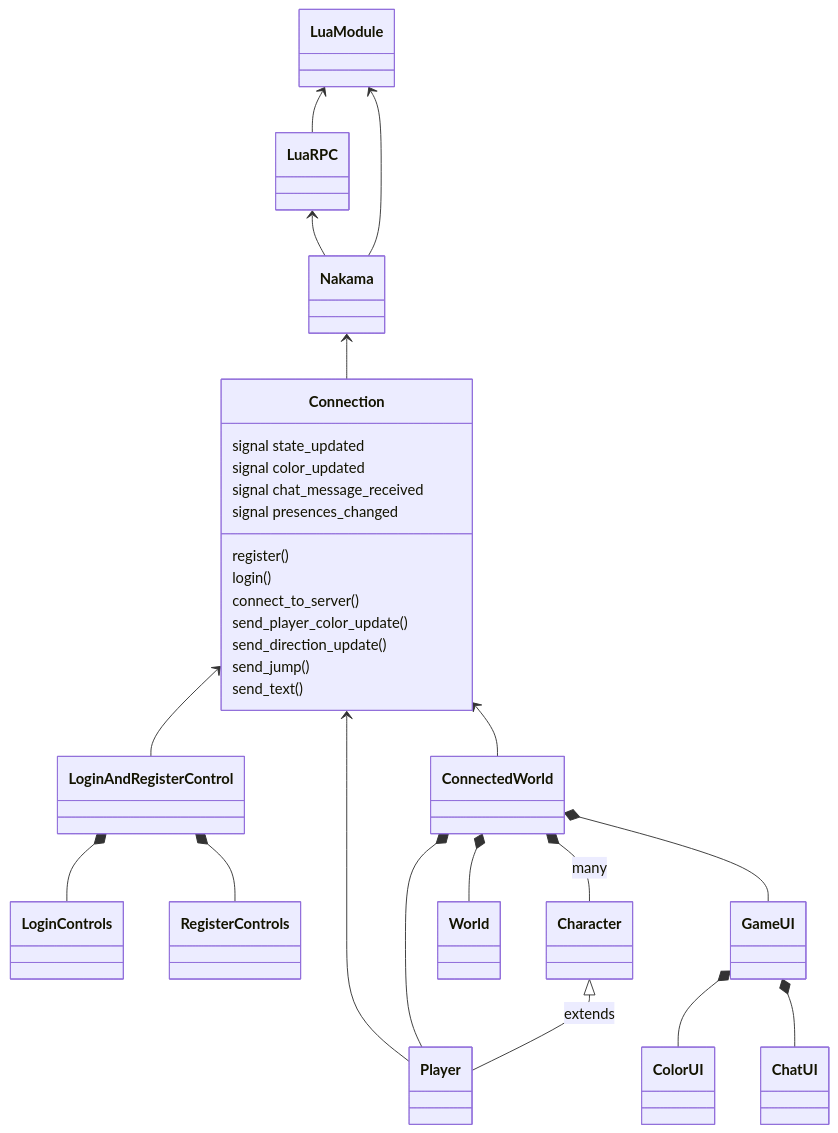
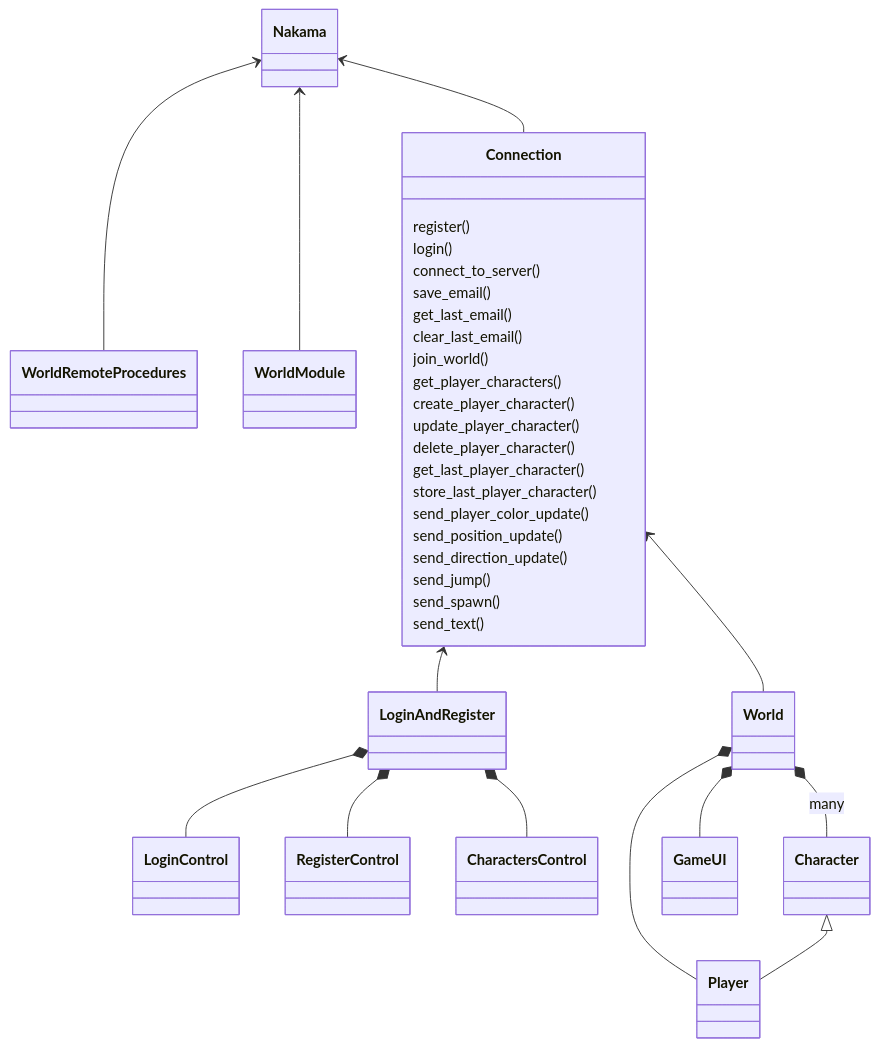
Before and after one commit to heroiclabs/nakama-godot-demo: the diagram in classes.mmd, drawn with Mermaid. The commit also changed other lines of this file and 4 other files, not shown here.

```diff
--- a/classes.mmd
+++ b/classes.mmd
@@ -1,39 +1,40 @@
 classDiagram
-	Lua Module <-- Lua RPC
+	Nakama <-- World Remote Procedures
 	
-	Lua Module <-- Nakama
+	Nakama <-- World Module
 	
-	Lua RPC <-- Nakama
 	Nakama <-- Connection
 	
-	LoginAndRegisterControl *-- LoginControls
-	LoginAndRegisterControl *-- RegisterControls
+	Connection : register()
+	Connection : login()
+	Connection : connect_to_server()
+	Connection : save_email()
+	Connection : get_last_email()
+	Connection : clear_last_email()
+	Connection : join_world()
+	Connection : get_player_characters()
+	Connection : create_player_character()
+	Connection : update_player_character()
+	Connection : delete_player_character()
+	Connection : get_last_player_character()
+	Connection : store_last_player_character()
+	Connection : send_player_color_update()
+	Connection : send_position_update()
+	Connection : send_direction_update()
+	Connection : send_jump()
+	Connection : send_spawn()
+	Connection : send_text()
 	
-	Connection <-- LoginAndRegisterControl
+	Connection <-- LoginAndRegister
 	
-	Character <|-- Player : extends
+	LoginAndRegister *-- LoginControl
+	LoginAndRegister *-- RegisterControl
+	LoginAndRegister *-- CharactersControl
 	
-	Connection <-- ConnectedWorld
+	Connection <-- World
+	World *-- Character : many
+	World *-- Player
 	
-	Connection: register()
-	Connection: login()
-	Connection: connect_to_server()
-	Connection: send_player_color_update()
-	Connection: send_direction_update()
-	Connection: send_jump()
-	Connection: send_text()
-	Connection: signal state_updated
-	Connection: signal color_updated
-	Connection: signal chat_message_received
-	Connection: signal presences_changed
+	Character <|-- Player
 	
-	ConnectedWorld *-- Character : many
-	ConnectedWorld *-- Player
-	
-	ConnectedWorld *-- GameUI
-	ConnectedWorld *-- World
-	
-	Connection <-- Player
-	
-	GameUI *-- ColorUI
-	GameUI *-- ChatUI
+	World *-- GameUI
```
